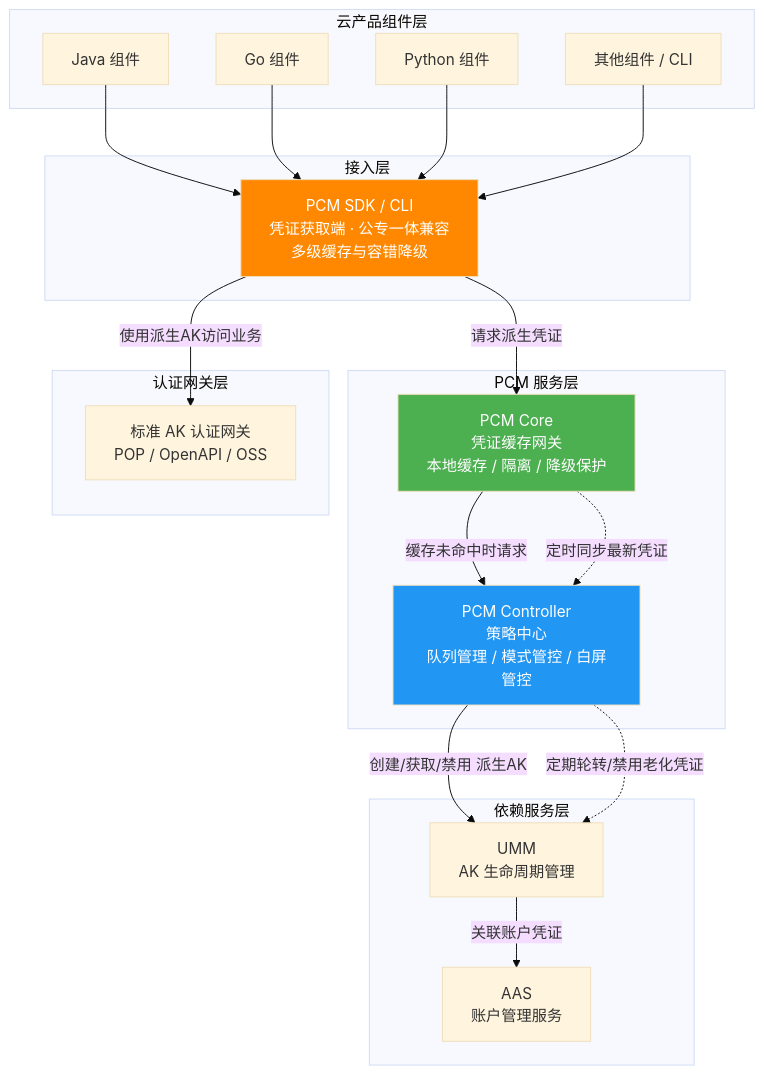
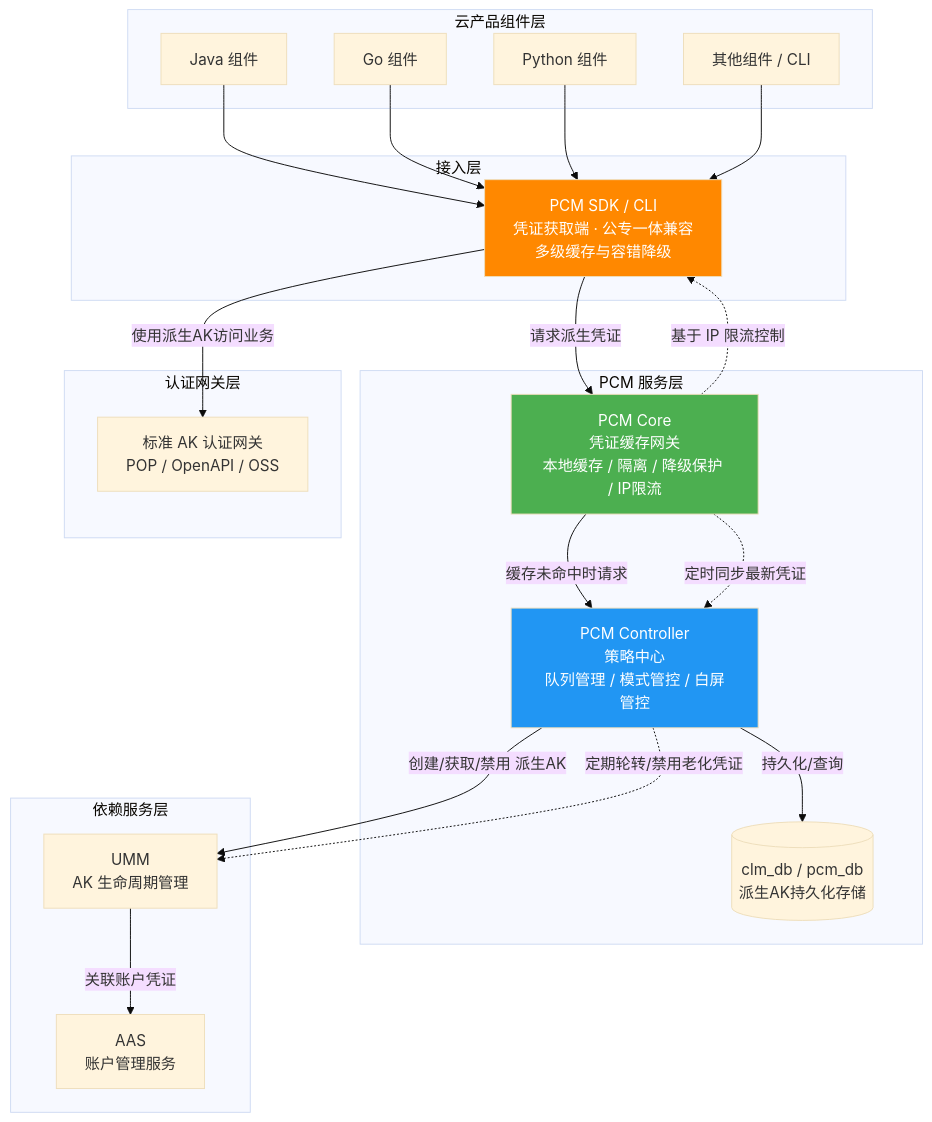
Before and after one commit to syj108/knowledge--base: the first of 2 diagrams in pages/PCM/平台凭证管理服务/产品对外文档/服务介绍.md, drawn with Mermaid (base theme). The commit also changed other lines of this file and 13 other files, not shown here.

````diff
--- a/pages/PCM/平台凭证管理服务/产品对外文档/服务介绍.md
+++ b/pages/PCM/平台凭证管理服务/产品对外文档/服务介绍.md
@@ -26,46 +38,49 @@
 ```mermaid
 graph TD
     subgraph 云产品组件层
         App_J[Java 组件]
         App_G[Go 组件]
         App_P[Python 组件]
         App_C[其他组件 / CLI]
     end
 
     subgraph 接入层
         SDK[PCM SDK / CLI<br/>凭证获取端 · 公专一体兼容<br/>多级缓存与容错降级]
     end
 
     subgraph PCM 服务层
-        Core[PCM Core<br/>凭证缓存网关<br/>本地缓存 / 隔离 / 降级保护]
+        Core[PCM Core<br/>凭证缓存网关<br/>本地缓存 / 隔离 / 降级保护 / IP限流]
         Ctrl[PCM Controller<br/>策略中心<br/>队列管理 / 模式管控 / 白屏管控]
+        DB[(clm_db / pcm_db<br/>派生AK持久化存储)]
     end
 
     subgraph 依赖服务层
         UMM[UMM<br/>AK 生命周期管理]
         AAS[AAS<br/>账户管理服务]
     end
 
     subgraph 认证网关层
         GW[标准 AK 认证网关<br/>POP / OpenAPI / OSS]
     end
 
     App_J --> SDK
     App_G --> SDK
     App_P --> SDK
     App_C --> SDK
 
     SDK -->|请求派生凭证| Core
     Core -->|缓存未命中时请求| Ctrl
+    Ctrl -->|持久化/查询| DB
     
     Ctrl -->|创建/获取/禁用 派生AK| UMM
     UMM -->|关联账户凭证| AAS
     
     SDK -->|使用派生AK访问业务| GW
     Core -.->|定时同步最新凭证| Ctrl
     Ctrl -.->|定期轮转/禁用老化凭证| UMM
+    Core -.->|基于 IP 限流控制| SDK
 
     style SDK fill:#ff8800,color:#fff
     style Core fill:#4caf50,color:#fff
     style Ctrl fill:#2196f3,color:#fff
 ```
````
